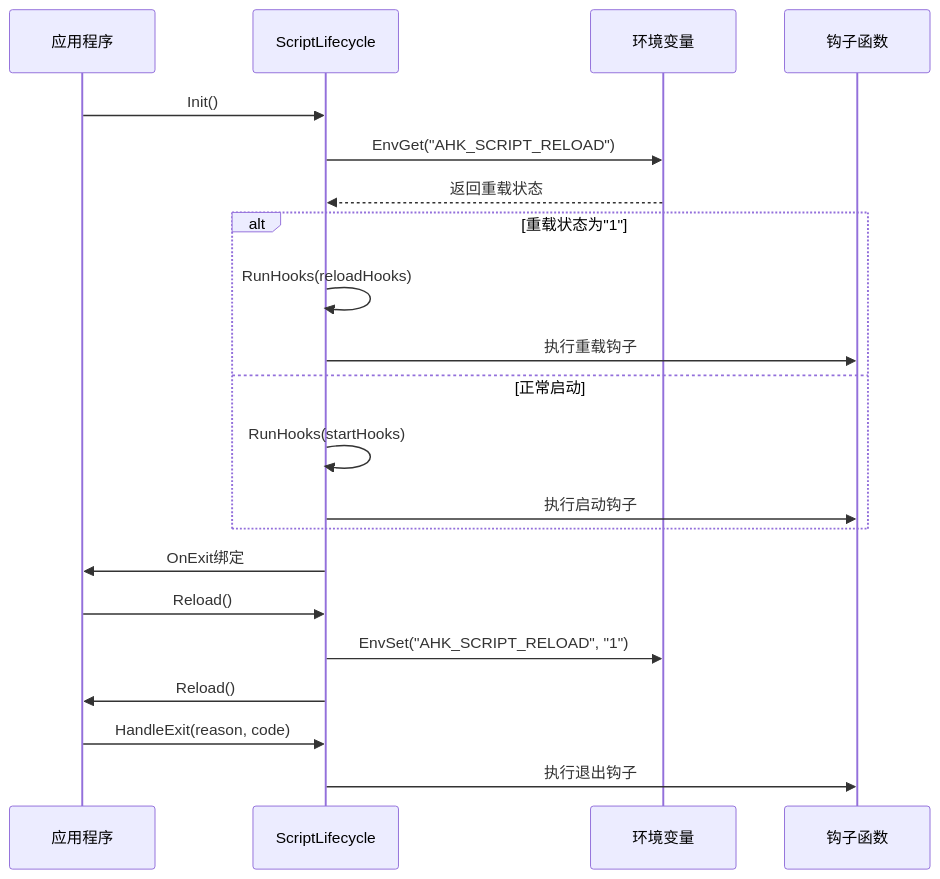
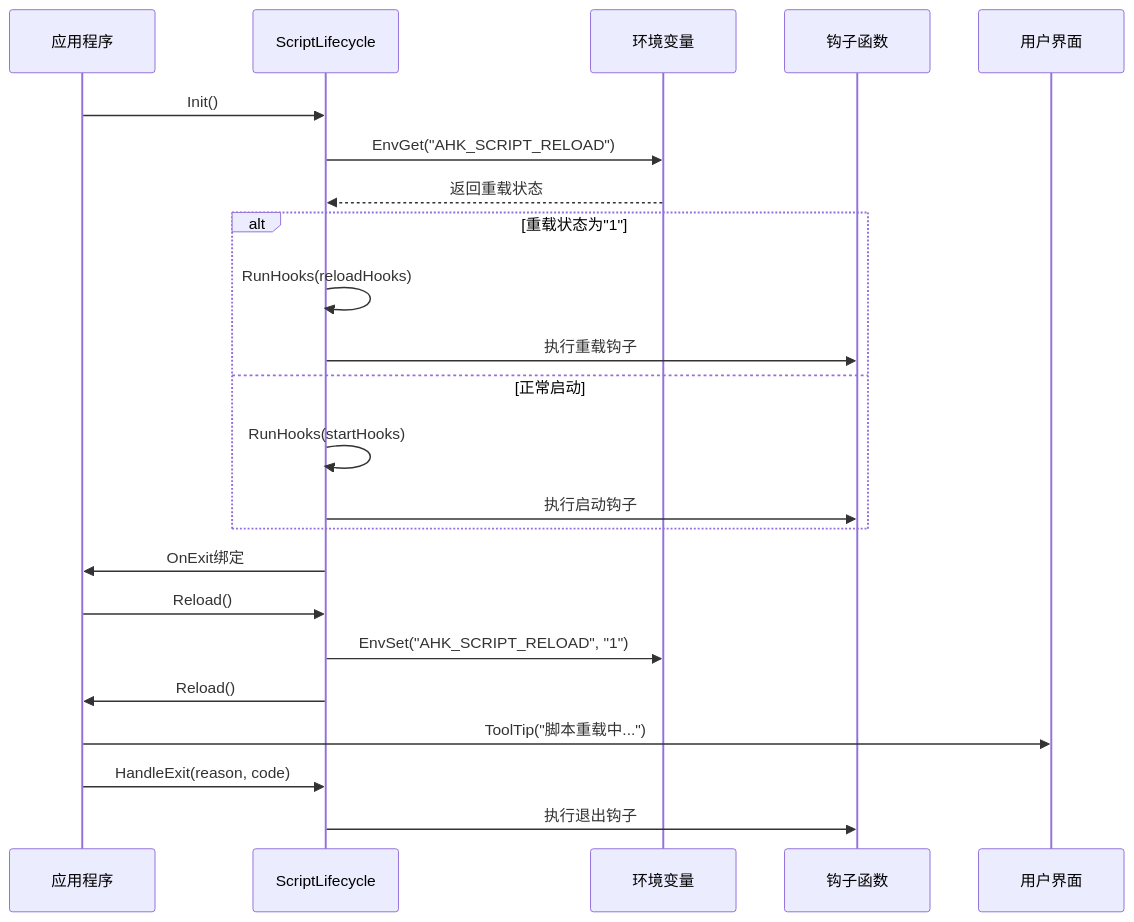
One commit to wangys-123doit/hotkey changed the second of 4 diagrams in .qoder/repowiki/zh/content/API参考/核心函数API/脚本生命周期管理函数.md. Above: the diagram before and after it, drawn with Mermaid. The commit also changed other lines of this file and 9 other files, not shown here.

````diff
--- a/.qoder/repowiki/zh/content/API参考/核心函数API/脚本生命周期管理函数.md
+++ b/.qoder/repowiki/zh/content/API参考/核心函数API/脚本生命周期管理函数.md
@@ -83,23 +93,25 @@
 ```mermaid
 sequenceDiagram
 participant App as 应用程序
 participant SL as ScriptLifecycle
 participant Env as 环境变量
 participant Hooks as 钩子函数
+participant UI as 用户界面
 App->>SL : Init()
 SL->>Env : EnvGet("AHK_SCRIPT_RELOAD")
 Env-->>SL : 返回重载状态
 alt 重载状态为"1"
 SL->>SL : RunHooks(reloadHooks)
 SL->>Hooks : 执行重载钩子
 else 正常启动
 SL->>SL : RunHooks(startHooks)
 SL->>Hooks : 执行启动钩子
 end
 SL->>App : OnExit绑定
 App->>SL : Reload()
 SL->>Env : EnvSet("AHK_SCRIPT_RELOAD", "1")
 SL->>App : Reload()
+App->>UI : ToolTip("脚本重载中...")
 App->>SL : HandleExit(reason, code)
 SL->>Hooks : 执行退出钩子
 ```
````
